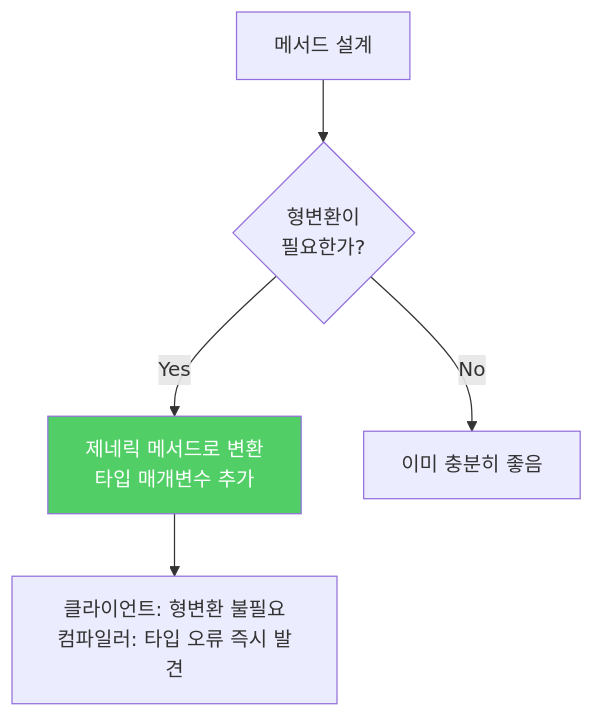
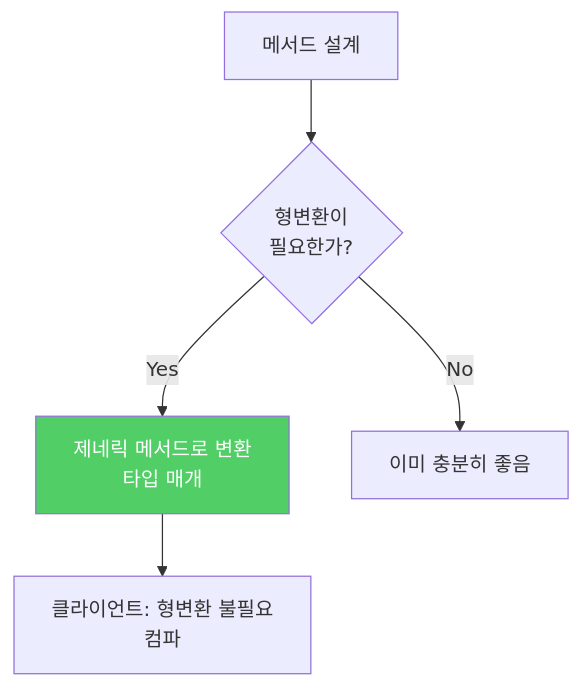
One commit to yjkim2015/yjkim2015.github.io changed the second of 2 diagrams in _posts/java/2022-01-09-effective-java30.md. Above: the diagram before and after it, drawn with Mermaid. The commit also changed other lines of this file and 271 other files, not shown here.

First line of the commit message:
Mermaid 라벨 축소: 긴 노드 텍스트 18자 이하로 트림 + \n 제거

````diff
--- a/_posts/java/2022-01-09-effective-java30.md
+++ b/_posts/java/2022-01-09-effective-java30.md
@@ -112,8 +112,8 @@
 ```mermaid
 graph TD
     A["메서드 설계"] --> B{"형변환이\n필요한가?"}
-    B -->|"Yes"| C["제네릭 메서드로 변환\n타입 매개변수 추가"]
+    B -->|"Yes"| C["제네릭 메서드로 변환\n타입 매개"]
     B -->|"No"| D["이미 충분히 좋음"]
-    C --> E["클라이언트: 형변환 불필요\n컴파일러: 타입 오류 즉시 발견"]
+    C --> E["클라이언트: 형변환 불필요\n컴파"]
     style C fill:#51cf66,color:#fff
 ```
````
